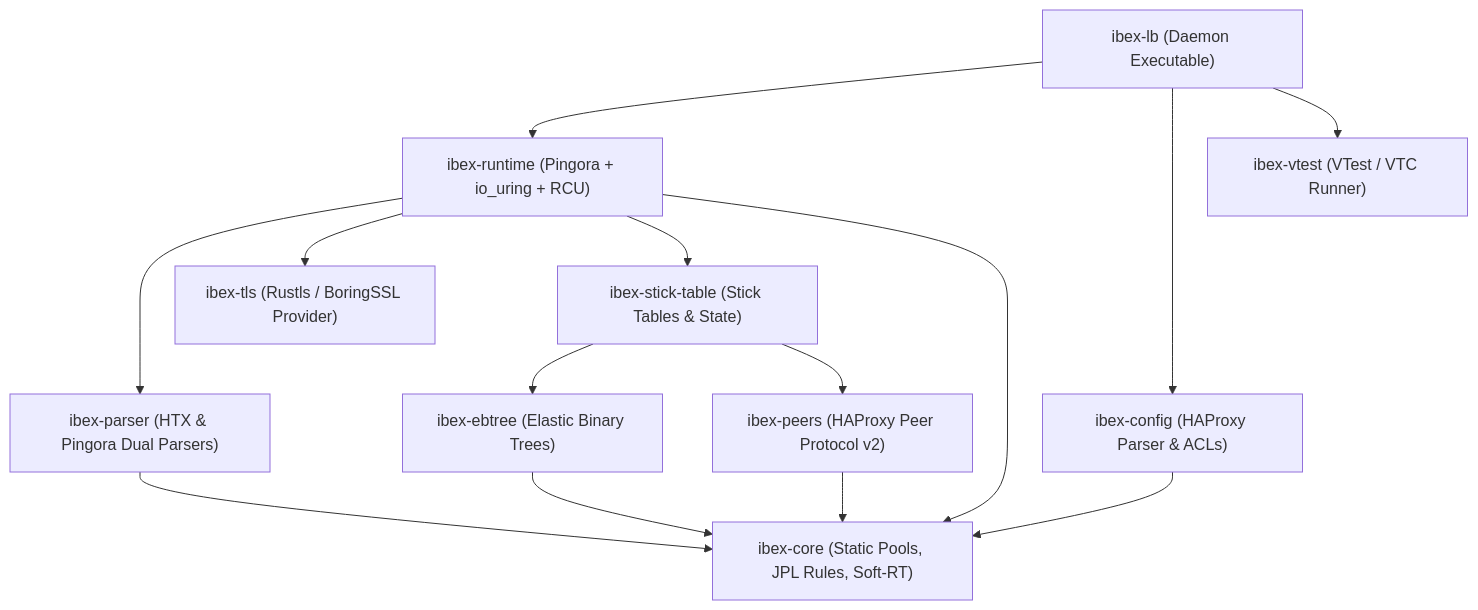
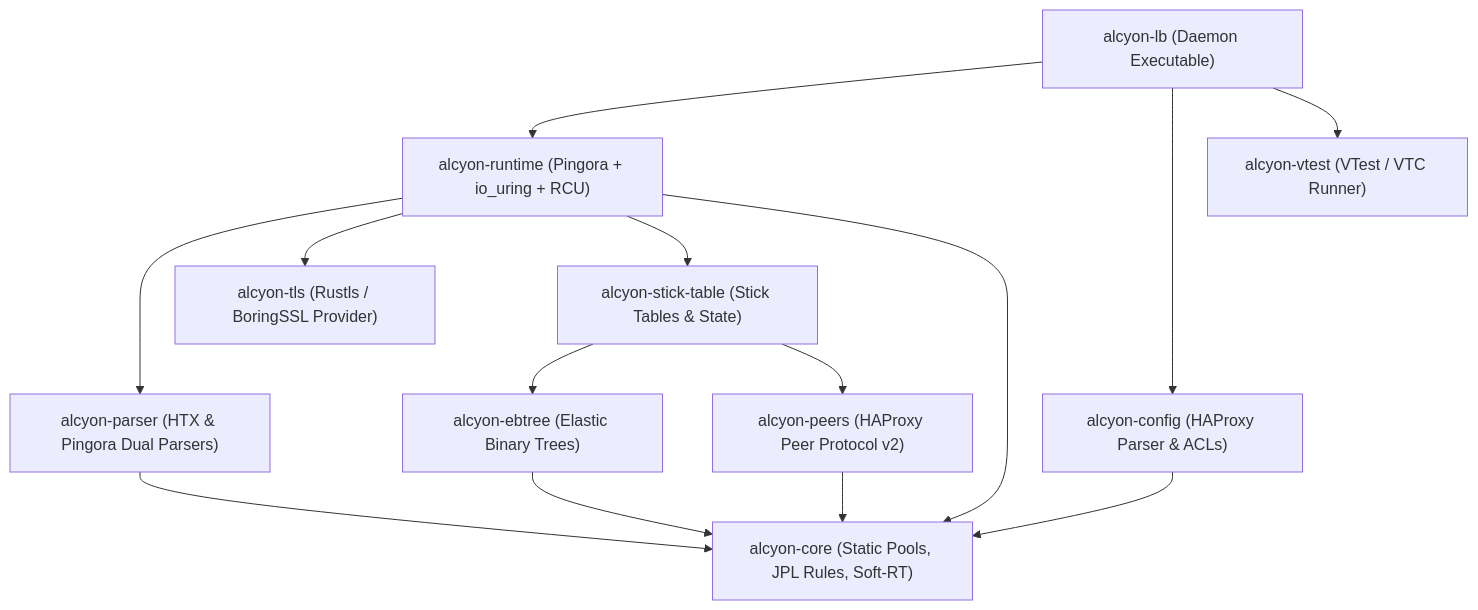
Before and after one commit to brhenc/alcyon-lb: the diagram in ARCHITECTURE.md, drawn with Mermaid. The commit also changed other lines of this file and 2710 other files, not shown here.

First line of the commit message:
Rename Ibex to Alcyon (project alcyon-lb)

````diff
--- a/ARCHITECTURE.md
+++ b/ARCHITECTURE.md
@@ -31,18 +31,18 @@
 ```mermaid
 graph TD
-    LB["ibex-lb (Daemon Executable)"] --> RUNTIME["ibex-runtime (Pingora + io_uring + RCU)"]
-    LB --> CONFIG["ibex-config (HAProxy Parser & ACLs)"]
-    LB --> VTEST["ibex-vtest (VTest / VTC Runner)"]
+    LB["alcyon-lb (Daemon Executable)"] --> RUNTIME["alcyon-runtime (Pingora + io_uring + RCU)"]
+    LB --> CONFIG["alcyon-config (HAProxy Parser & ACLs)"]
+    LB --> VTEST["alcyon-vtest (VTest / VTC Runner)"]
     
-    RUNTIME --> PARSER["ibex-parser (HTX & Pingora Dual Parsers)"]
-    RUNTIME --> TLS["ibex-tls (Rustls / BoringSSL Provider)"]
-    RUNTIME --> STICK["ibex-stick-table (Stick Tables & State)"]
-    RUNTIME --> CORE["ibex-core (Static Pools, JPL Rules, Soft-RT)"]
+    RUNTIME --> PARSER["alcyon-parser (HTX & Pingora Dual Parsers)"]
+    RUNTIME --> TLS["alcyon-tls (Rustls / BoringSSL Provider)"]
+    RUNTIME --> STICK["alcyon-stick-table (Stick Tables & State)"]
+    RUNTIME --> CORE["alcyon-core (Static Pools, JPL Rules, Soft-RT)"]
     
-    STICK --> EBTREE["ibex-ebtree (Elastic Binary Trees)"]
-    STICK --> PEERS["ibex-peers (HAProxy Peer Protocol v2)"]
+    STICK --> EBTREE["alcyon-ebtree (Elastic Binary Trees)"]
+    STICK --> PEERS["alcyon-peers (HAProxy Peer Protocol v2)"]
     PEERS --> CORE
     CONFIG --> CORE
     PARSER --> CORE
     EBTREE --> CORE
 ```
````
